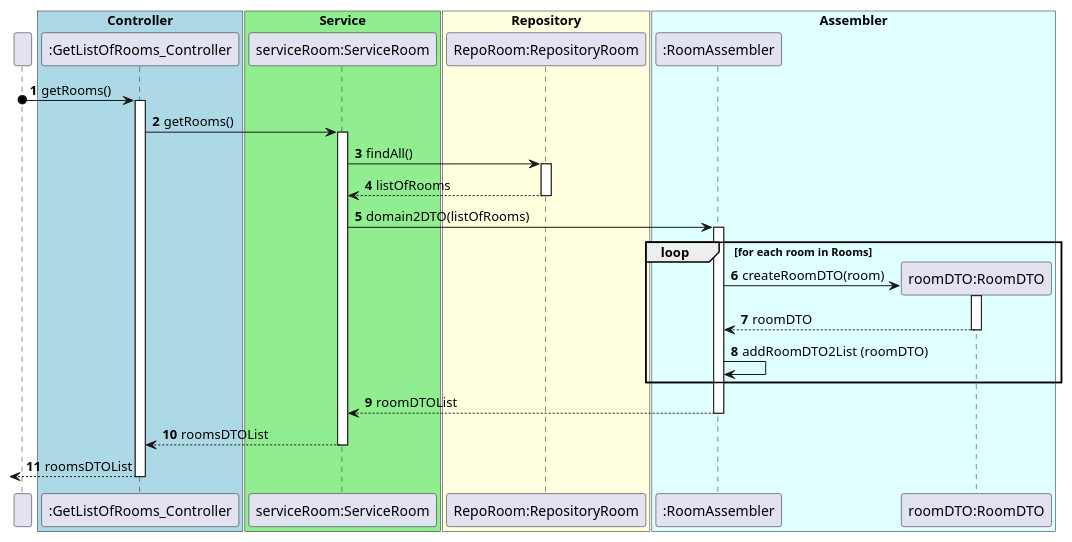
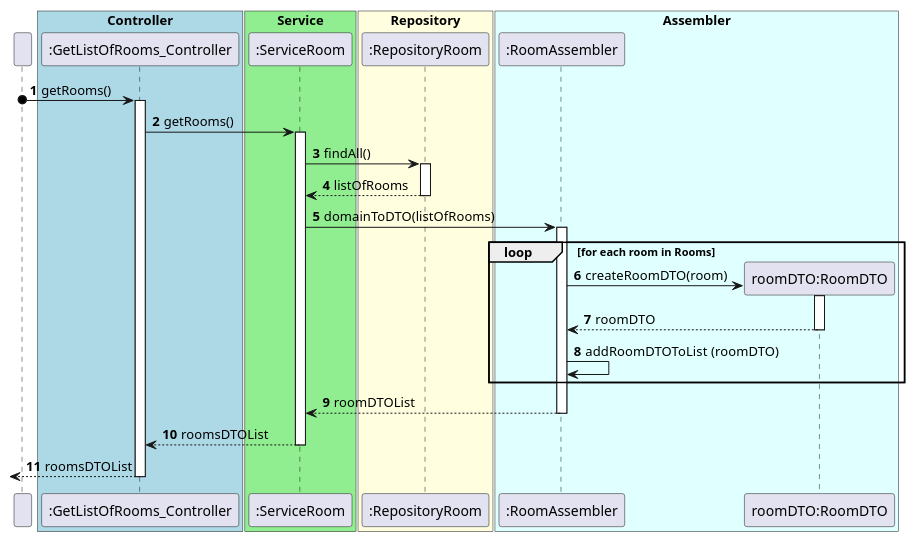
One commit to olivDiogo/SmartHome changed the diagram in docs/ood/sequenceDiagram/US03GetListOfRooms.puml. Above: the diagram before and after it, drawn with PlantUML. The commit also changed other lines of this file, not shown here.

Commit message:
#88: [Fixed] US03 Sequence Diagram

```diff
--- a/docs/ood/sequenceDiagram/US03GetListOfRooms.puml
+++ b/docs/ood/sequenceDiagram/US03GetListOfRooms.puml
@@ -1,70 +2,70 @@
 @startuml
 'https://plantuml.com/sequence-diagram
 !pragma layout smetana
 
 participant " " as User
 
 box "Controller" #LightBlue
 participant ":GetListOfRooms_Controller" as GetListOfRoomsController
 end box
 
 box "Service" #LightGreen
-participant "serviceRoom:ServiceRoom" as Service
+participant ":ServiceRoom" as Service
 end box
 
 box "Repository" #LightYellow
-participant "RepoRoom:RepositoryRoom" as RepositoryRoom
+participant ":RepositoryRoom" as RepositoryRoom
 end box
 
 box "Assembler" #LightCyan
 
 participant ":RoomAssembler" as RoomAssembler
 
 participant "roomDTO:RoomDTO" as RoomDTO
 
 end box
 autonumber
 
 User o-> GetListOfRoomsController: getRooms()
 
 activate GetListOfRoomsController
 
 GetListOfRoomsController -> Service: getRooms()
 
 activate Service
 
 Service -> RepositoryRoom: findAll()
 
 activate RepositoryRoom
 
 RepositoryRoom --> Service: listOfRooms
 
 deactivate RepositoryRoom
 
-Service -> RoomAssembler: domain2DTO(listOfRooms)
+Service -> RoomAssembler: domainToDTO(listOfRooms)
 
 loop  for each room in Rooms
 create RoomDTO
 activate RoomAssembler
 RoomAssembler -> RoomDTO: createRoomDTO(room)
 activate RoomDTO
 RoomDTO --> RoomAssembler: roomDTO
 deactivate RoomDTO
-RoomAssembler -> RoomAssembler : addRoomDTO2List (roomDTO)
+RoomAssembler -> RoomAssembler : addRoomDTOToList (roomDTO)
 end
 
 RoomAssembler --> Service: roomDTOList
 deactivate RoomAssembler
 
 
 
 Service --> GetListOfRoomsController: roomsDTOList
 
 deactivate Service
 
 <-- GetListOfRoomsController :roomsDTOList
 
 deactivate GetListOfRoomsController
 
 
 @enduml
```
